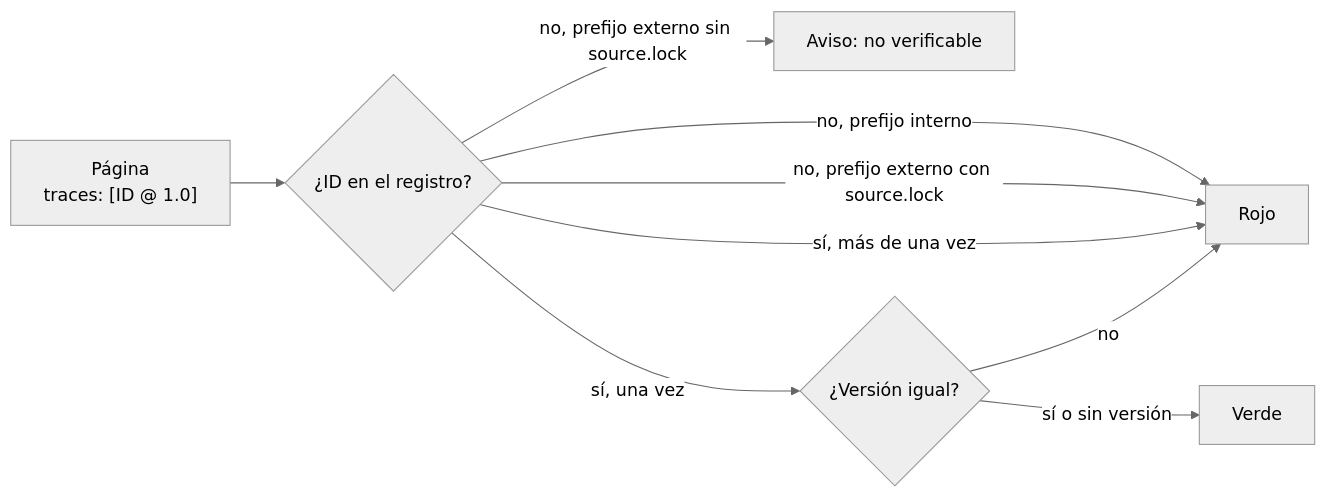
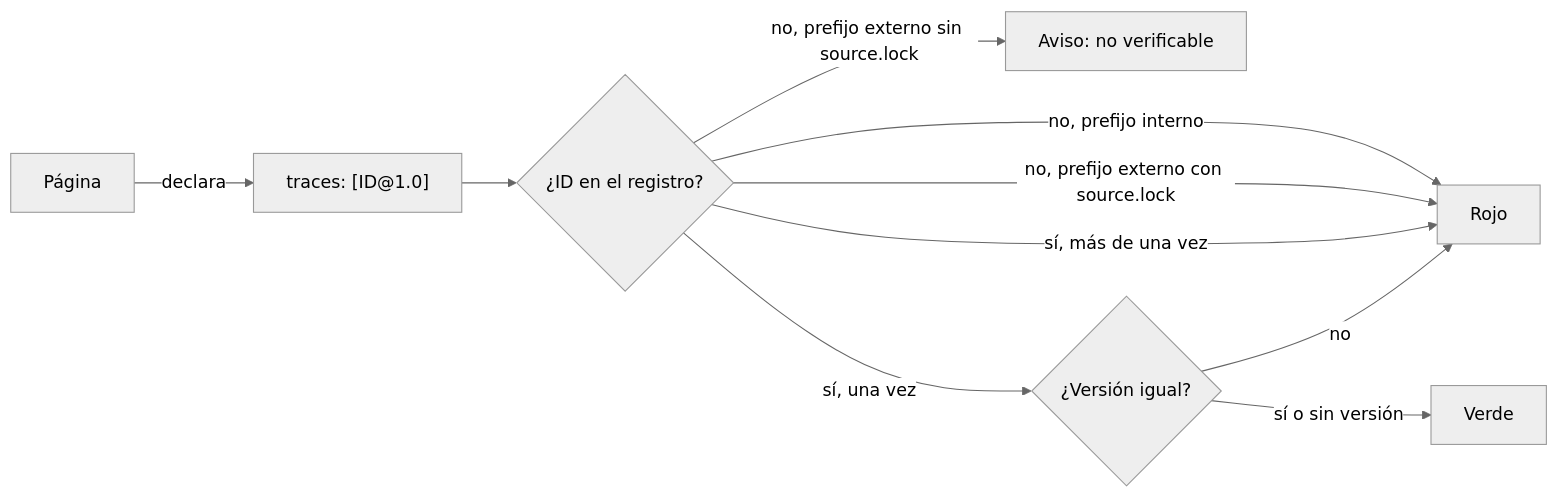
The diagram in Guides/Documentacion-Tecnica/Sistema-De-Documentacion-E-Integracion/99-Anexos/Esquema-Frontmatter-Y-Prefijos.md (hdcm-dev/Lab-Documentos), drawn with Mermaid (neutral theme) before and after one commit. The commit also changed 6 other files, not shown here.

````diff
--- a/Guides/Documentacion-Tecnica/Sistema-De-Documentacion-E-Integracion/99-Anexos/Esquema-Frontmatter-Y-Prefijos.md
+++ b/Guides/Documentacion-Tecnica/Sistema-De-Documentacion-E-Integracion/99-Anexos/Esquema-Frontmatter-Y-Prefijos.md
@@ -82,11 +82,11 @@
 ```mermaid
 flowchart LR
-  P["Página<br/>traces: [ID @ 1.0]"] --> R{"¿ID en el registro?"}
+  PG["Página"] -->|declara| P["traces: [ID#64;1.0]"] --> R{"¿ID en el registro?"}
   R -->|no, prefijo interno| ROJO["Rojo"]
   R -->|no, prefijo externo sin source.lock| AV["Aviso: no verificable"]
   R -->|no, prefijo externo con source.lock| ROJO
   R -->|sí, una vez| V{"¿Versión igual?"}
   R -->|sí, más de una vez| ROJO
   V -->|sí o sin versión| OK["Verde"]
   V -->|no| ROJO
 ```
````
